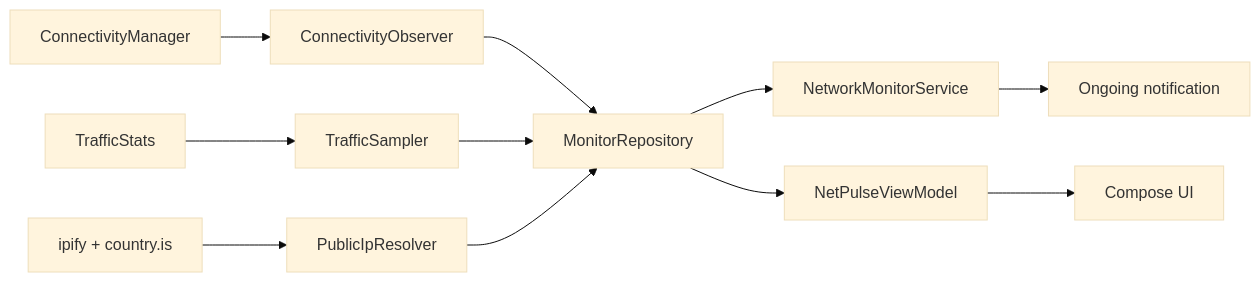
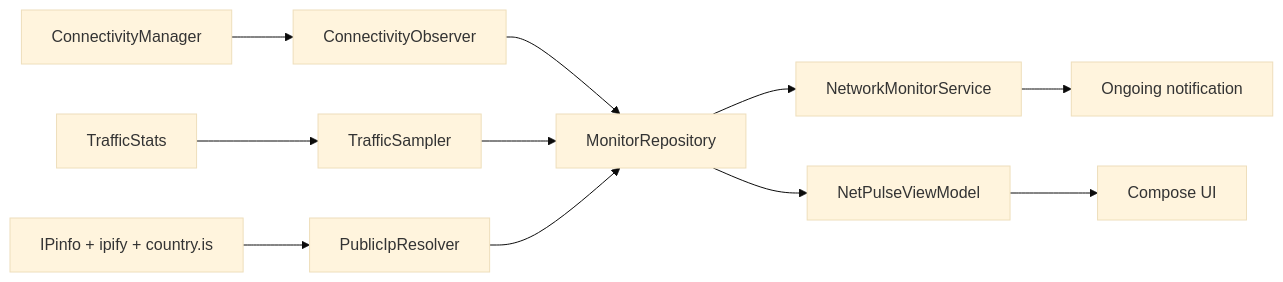
Before and after one commit to yavasilek/netpulse: the diagram in docs/ARCHITECTURE.md, drawn with Mermaid (base theme). The commit also changed 11 other files, not shown here.

````diff
--- a/docs/ARCHITECTURE.md
+++ b/docs/ARCHITECTURE.md
@@ -9,13 +9,13 @@
 ```mermaid
 flowchart LR
     CM["ConnectivityManager"] --> CO["ConnectivityObserver"]
     TS["TrafficStats"] --> SM["TrafficSampler"]
-    IP["ipify + country.is"] --> PR["PublicIpResolver"]
+    IP["IPinfo + ipify + country.is"] --> PR["PublicIpResolver"]
     CO --> MR["MonitorRepository"]
     SM --> MR
     PR --> MR
     MR --> FGS["NetworkMonitorService"]
     MR --> VM["NetPulseViewModel"]
     FGS --> N["Ongoing notification"]
     VM --> UI["Compose UI"]
 ```
````
